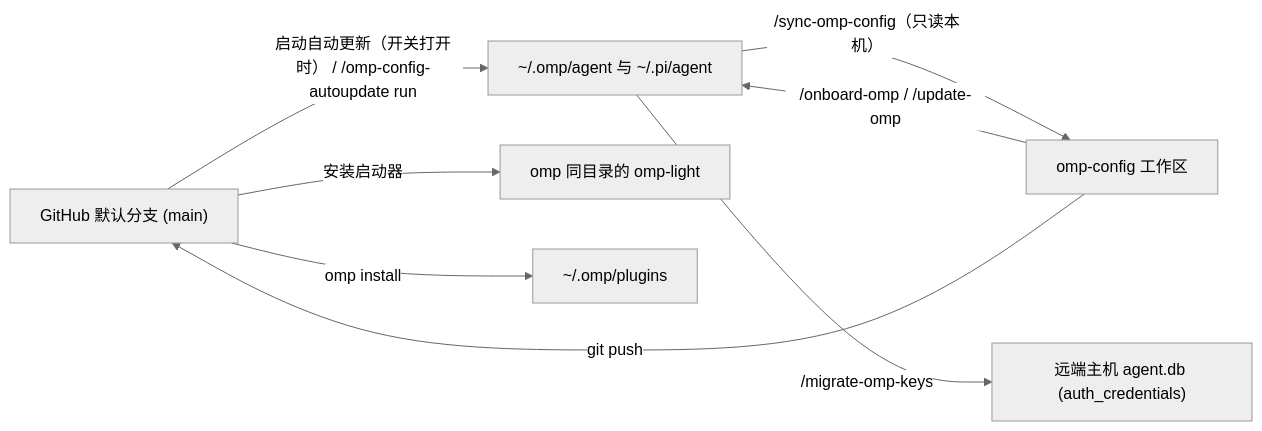
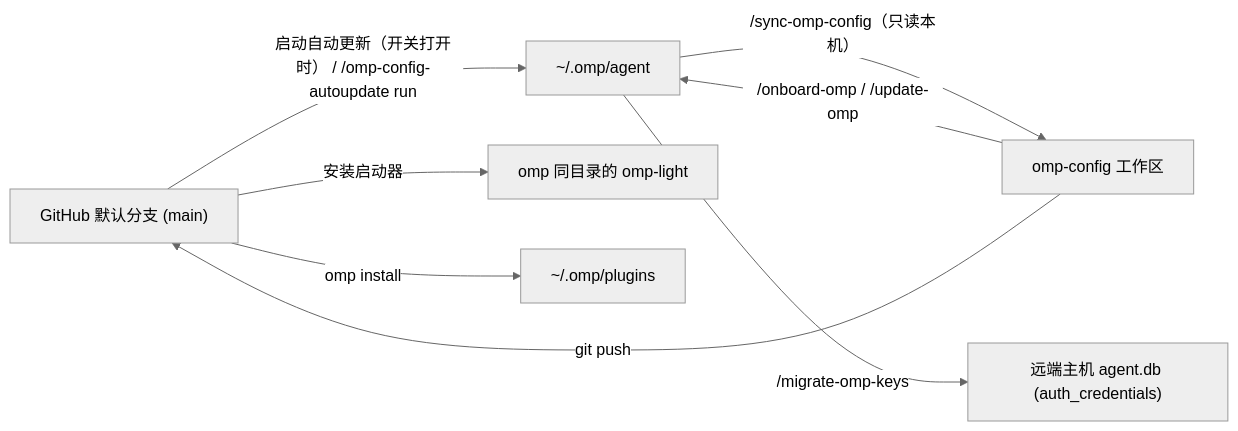
One commit to oh-my-omp/omp-config changed the diagram in docs/operations.zh-CN.md. Above: the diagram before and after it, drawn with Mermaid (neutral theme). The commit also changed other lines of this file and 18 other files, not shown here.

````diff
--- a/docs/operations.zh-CN.md
+++ b/docs/operations.zh-CN.md
@@ -5,10 +5,10 @@
 ```mermaid
 flowchart LR
-  gh["GitHub 默认分支 (main)"] -->|"启动自动更新（开关打开时） / /omp-config-autoupdate run"| local["~/.omp/agent 与 ~/.pi/agent"]
+  gh["GitHub 默认分支 (main)"] -->|"启动自动更新（开关打开时） / /omp-config-autoupdate run"| local["~/.omp/agent"]
   repo["omp-config 工作区"] -->|"/onboard-omp / /update-omp"| local
   local -->|"/sync-omp-config（只读本机）"| repo
   repo -->|"git push"| gh
   gh -->|"安装启动器"| light["omp 同目录的 omp-light"]
   gh -->|"omp install"| plugins["~/.omp/plugins"]
   local -->|"/migrate-omp-keys"| remote["远端主机 agent.db (auth_credentials)"]
 ```
````
